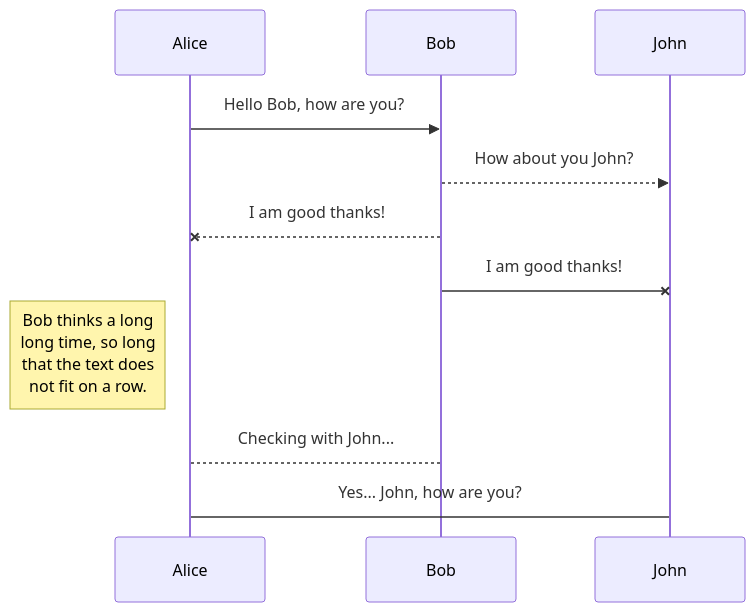
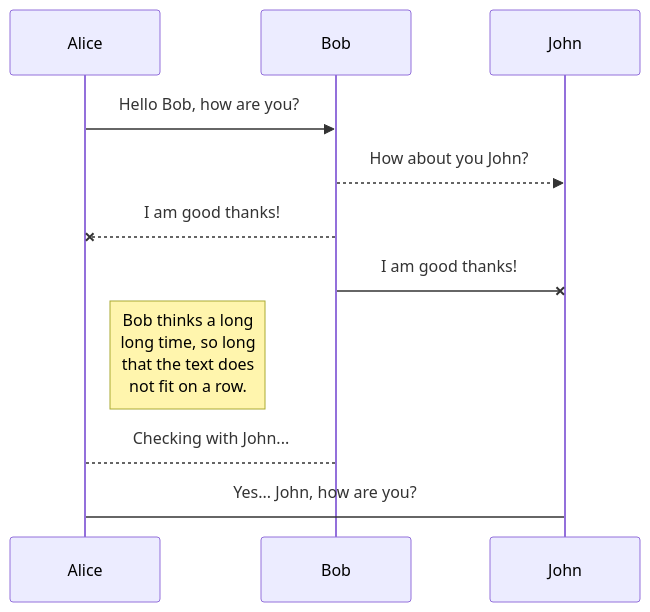
One commit to Sergionix/git_practice-2 changed the diagram in readme.md. Above: the diagram before and after it, drawn with Mermaid.

````diff
--- a/readme.md
+++ b/readme.md
@@ -3,11 +3,11 @@
 ```mermaid
 sequenceDiagram
 Alice ->> Bob: Hello Bob, how are you?
 Bob-->>John: How about you John?
 Bob--x Alice: I am good thanks!
 Bob-x John: I am good thanks!
-Note left of Alice: Bob thinks a long<br/>long time, so long<br/>that the text does<br/>not fit on a row.
+Note right of Alice: Bob thinks a long<br/>long time, so long<br/>that the text does<br/>not fit on a row.
 
 Bob-->Alice: Checking with John...
 Alice->John: Yes... John, how are you?
 ```
````
